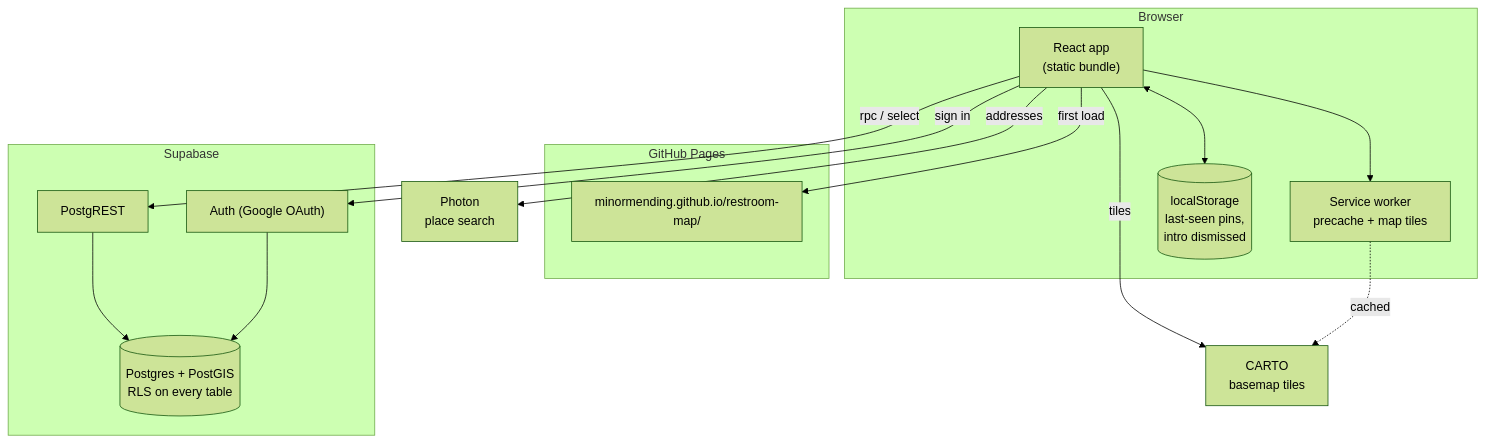
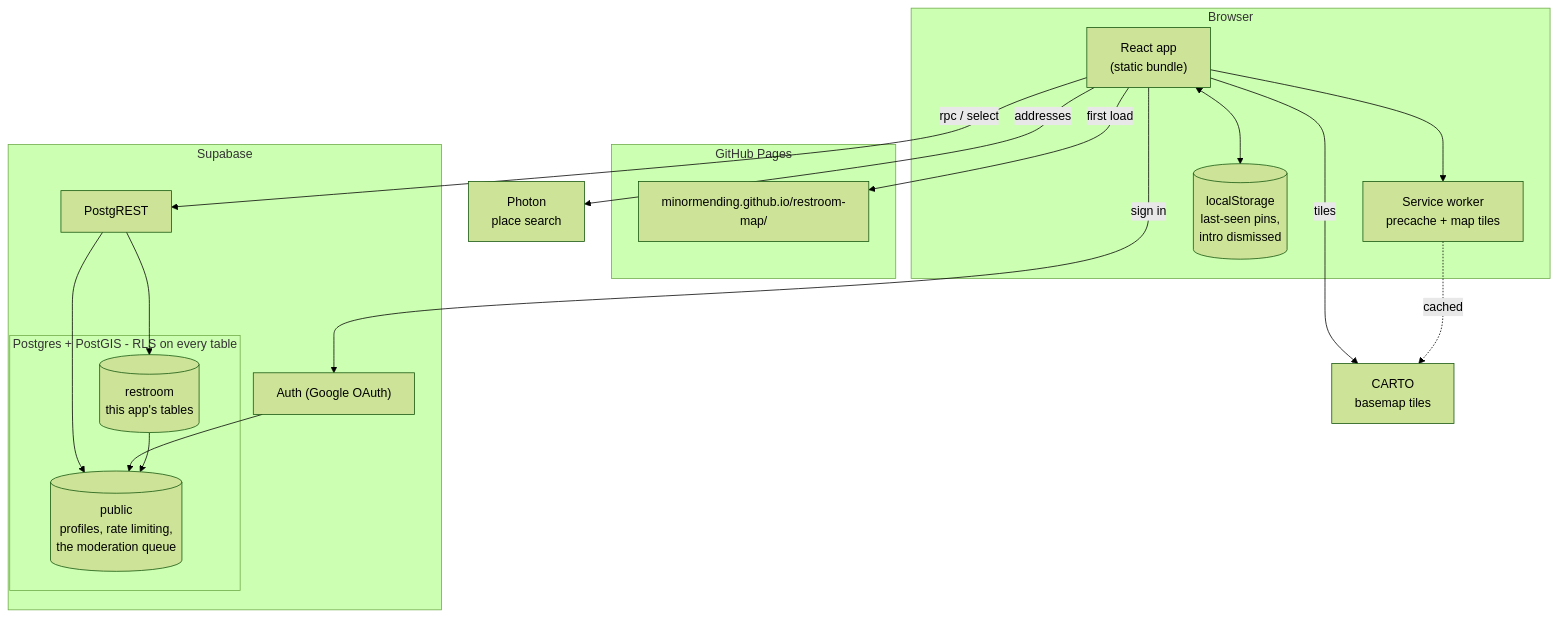
Before and after one commit to minormending/restroom-map: the first of 5 diagrams in docs/architecture.md, drawn with Mermaid (forest theme). The commit also changed other lines of this file and 3 other files, not shown here.

````diff
--- a/docs/architecture.md
+++ b/docs/architecture.md
@@ -8,32 +13,37 @@
 ```mermaid
 graph TB
     subgraph browser["Browser"]
         app["React app<br/>(static bundle)"]
         sw["Service worker<br/>precache + map tiles"]
         ls[("localStorage<br/>last-seen pins,<br/>intro dismissed")]
     end
 
     subgraph pages["GitHub Pages"]
         bundle["minormending.github.io/restroom-map/"]
     end
 
     subgraph supa["Supabase"]
         rest["PostgREST"]
         auth["Auth (Google OAuth)"]
-        pg[("Postgres + PostGIS<br/>RLS on every table")]
+        subgraph pg["Postgres + PostGIS - RLS on every table"]
+            rm[("restroom<br/>this app's tables")]
+            pub[("public<br/>profiles, rate limiting,<br/>the moderation queue")]
+        end
     end
 
     carto["CARTO<br/>basemap tiles"]
     photon["Photon<br/>place search"]
 
     app -->|"first load"| bundle
     app --> sw
     app <--> ls
     app -->|"rpc / select"| rest
     app -->|"sign in"| auth
-    rest --> pg
-    auth --> pg
+    rest --> rm
+    rest --> pub
+    auth --> pub
+    rm --> pub
     app -->|"tiles"| carto
     sw -.->|"cached"| carto
     app -->|"addresses"| photon
 ```
````
